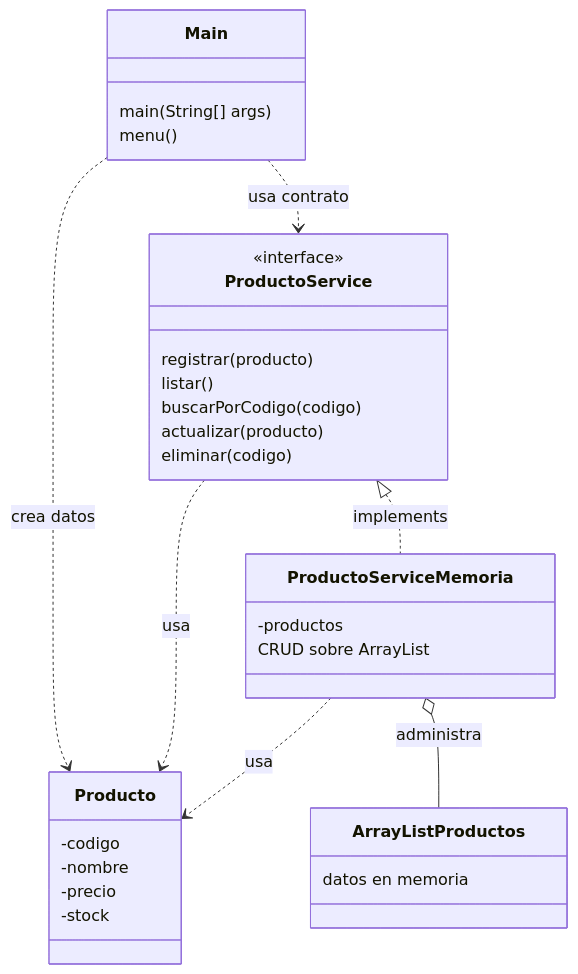
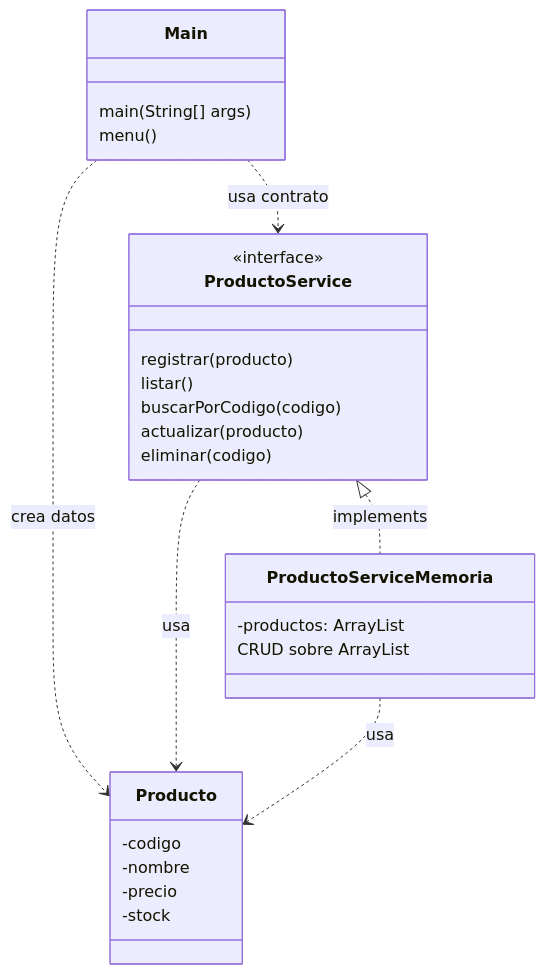
The diagram in docs/S06_Evaluacion_Unidad_1.md (262poo/comarket), drawn with Mermaid before and after one commit. The commit also changed 3 other files, not shown here.

````diff
--- a/docs/S06_Evaluacion_Unidad_1.md
+++ b/docs/S06_Evaluacion_Unidad_1.md
@@ -48,35 +48,31 @@
 ```mermaid
 classDiagram
     class Main {
         main(String[] args)
         menu()
     }
     class Producto {
         -codigo
         -nombre
         -precio
         -stock
     }
     class ProductoService {
         <<interface>>
         registrar(producto)
         listar()
         buscarPorCodigo(codigo)
         actualizar(producto)
         eliminar(codigo)
     }
     class ProductoServiceMemoria {
-        -productos
+        -productos: ArrayList
         CRUD sobre ArrayList
-    }
-    class ArrayListProductos {
-        datos en memoria
     }
 
     Main ..> ProductoService : usa contrato
     Main ..> Producto : crea datos
     ProductoService <|.. ProductoServiceMemoria : implements
     ProductoService ..> Producto : usa
     ProductoServiceMemoria ..> Producto : usa
-    ProductoServiceMemoria o-- ArrayListProductos : administra
 ```
````
